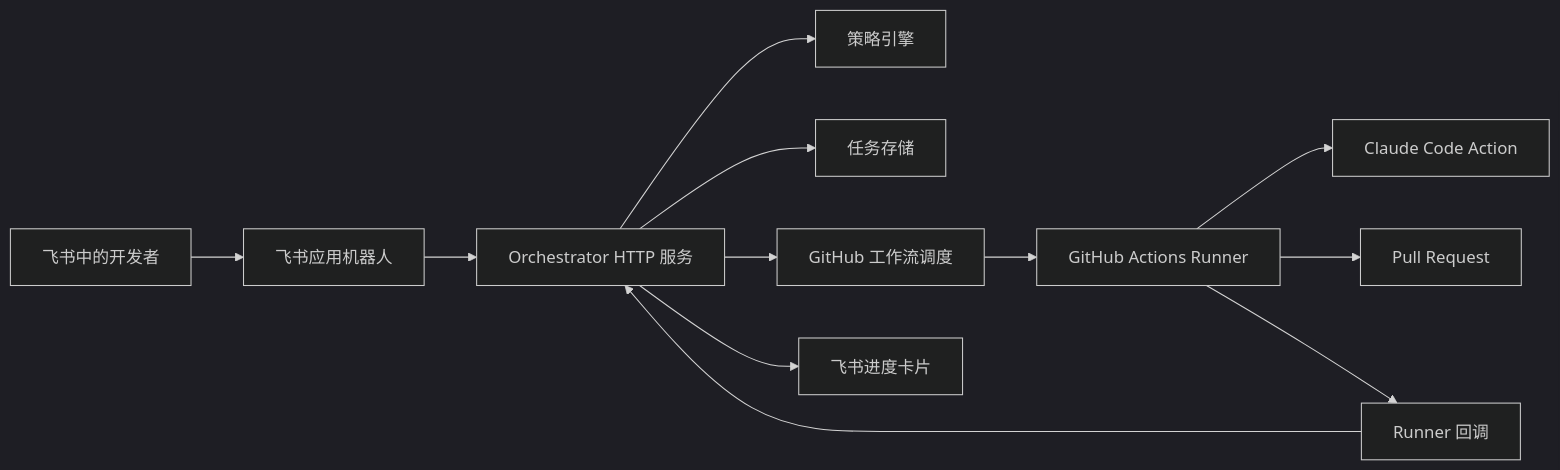
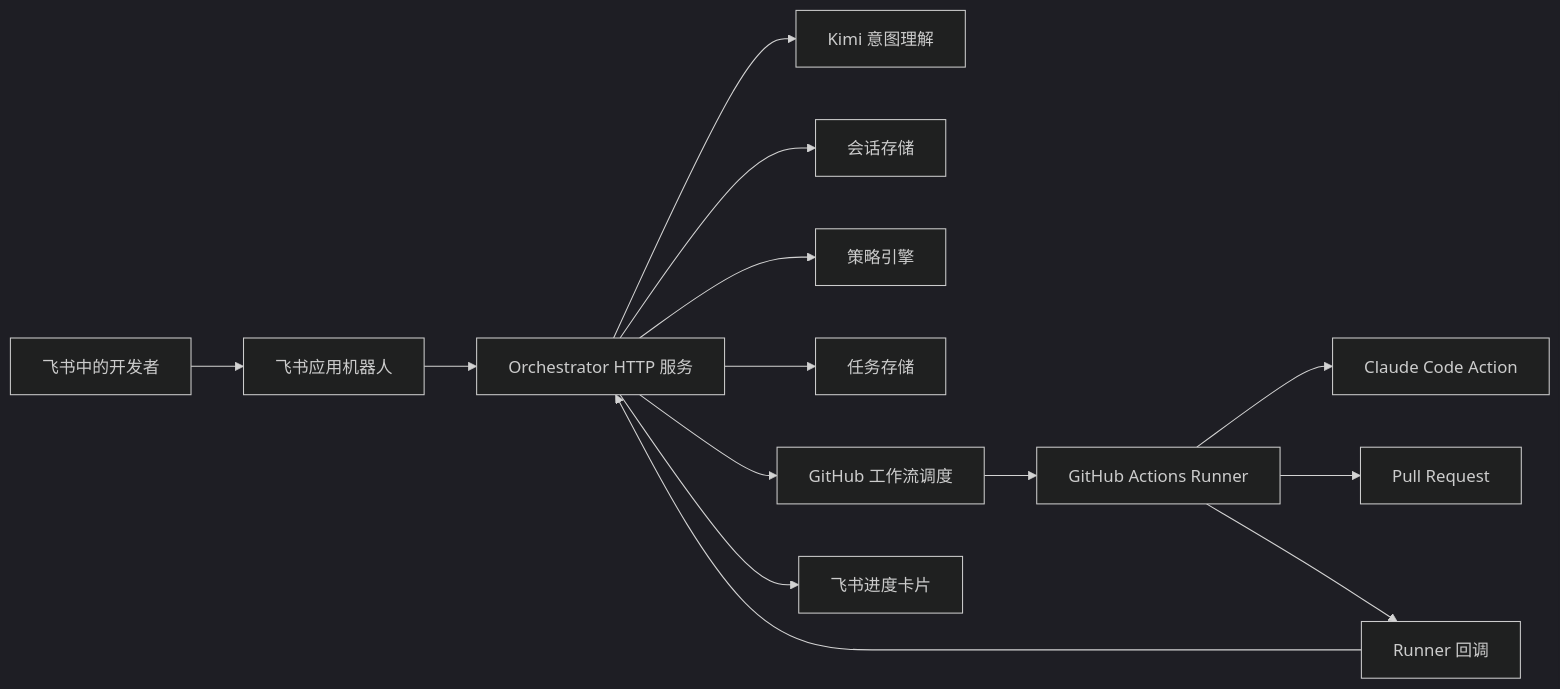
The diagram in README.md (YNAlone/workAssist), drawn with Mermaid (dark theme) before and after one commit. The commit also changed other lines of this file and 17 other files, not shown here.

````diff
--- a/README.md
+++ b/README.md
@@ -17,14 +17,16 @@
 ```mermaid
 flowchart LR
   developer["飞书中的开发者"] --> feishuBot["飞书应用机器人"]
   feishuBot --> orchestrator["Orchestrator HTTP 服务"]
+  orchestrator --> llm["Kimi 意图理解"]
+  orchestrator --> sessions["会话存储"]
   orchestrator --> policy["策略引擎"]
   orchestrator --> store["任务存储"]
   orchestrator --> github["GitHub 工作流调度"]
   github --> runner["GitHub Actions Runner"]
   runner --> claude["Claude Code Action"]
   runner --> pullRequest["Pull Request"]
   runner --> callback["Runner 回调"]
   callback --> orchestrator
   orchestrator --> feishuCard["飞书进度卡片"]
 ```
````
